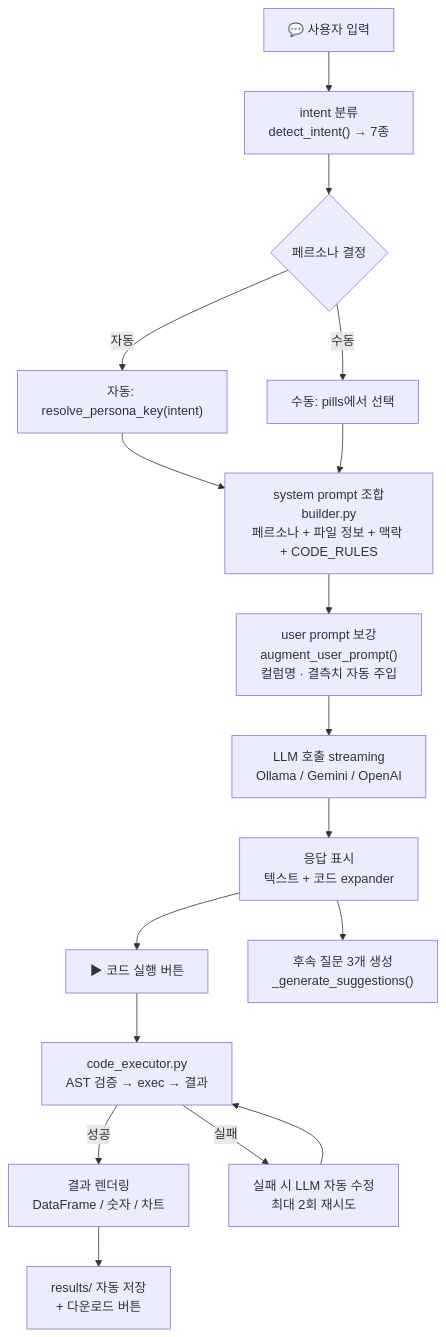
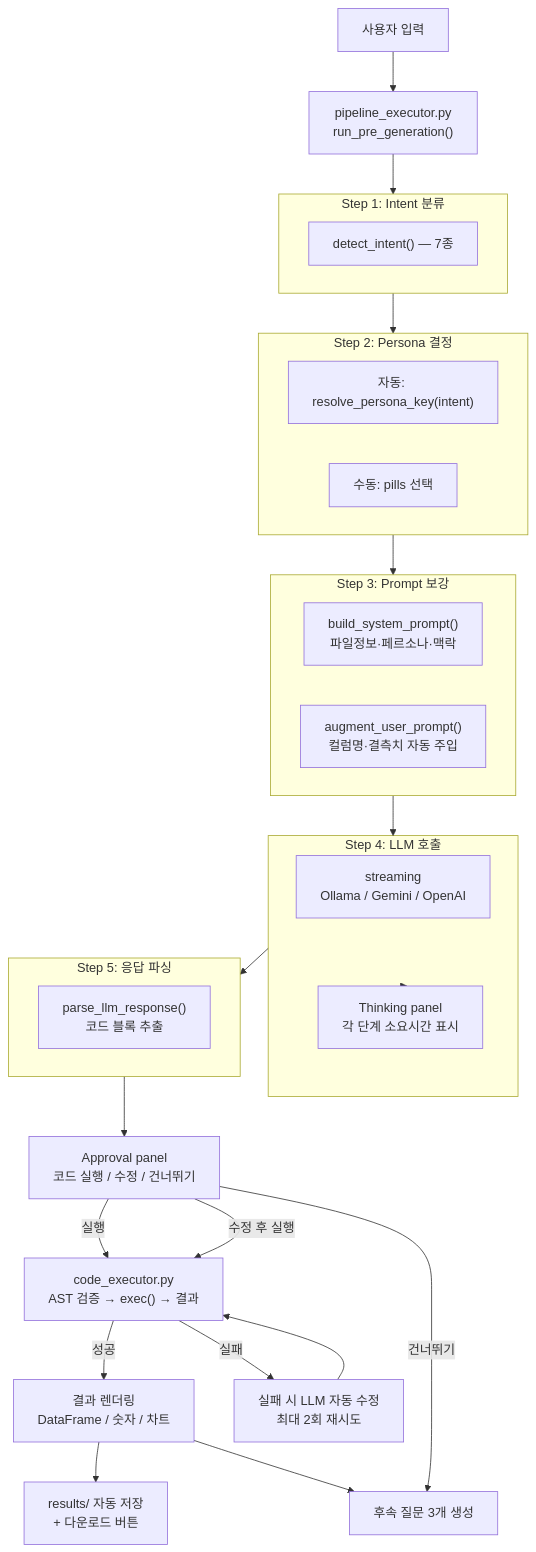
The second of 10 diagrams in README.md (sayoon01/excel-ai-agent), drawn with Mermaid before and after one commit. The commit also changed other lines of this file and 15 other files, not shown here.

````diff
--- a/README.md
+++ b/README.md
@@ -168,35 +183,46 @@
 ```mermaid
 flowchart TD
-    Input["💬 사용자 입력"]
-    Intent["intent 분류\ndetect_intent() → 7종"]
-    Persona{"페르소나 결정"}
-    AutoP["자동: resolve_persona_key(intent)"]
-    ManualP["수동: pills에서 선택"]
-    Build["system prompt 조합\nbuilder.py\n페르소나 + 파일 정보 + 맥락 + CODE_RULES"]
-    Augment["user prompt 보강\naugment_user_prompt()\n컬럼명 · 결측치 자동 주입"]
-    LLM["LLM 호출 streaming\nOllama / Gemini / OpenAI"]
-    Response["응답 표시\n텍스트 + 코드 expander"]
-    ExecBtn["▶ 코드 실행 버튼"]
-    Exec["code_executor.py\nAST 검증 → exec → 결과"]
+    Input["사용자 입력"]
+    PRE["pipeline_executor.py\nrun_pre_generation()"]
+
+    subgraph Step1["Step 1: Intent 분류"]
+        IT["detect_intent() — 7종"]
+    end
+
+    subgraph Step2["Step 2: Persona 결정"]
+        AP2["자동: resolve_persona_key(intent)"]
+        MP["수동: pills 선택"]
+    end
+
+    subgraph Step3["Step 3: Prompt 보강"]
+        SYS["build_system_prompt()\n파일정보·페르소나·맥락"]
+        AUG["augment_user_prompt()\n컬럼명·결측치 자동 주입"]
+    end
+
+    subgraph Step4["Step 4: LLM 호출"]
+        LLM["streaming\nOllama / Gemini / OpenAI"]
+        TP2["Thinking panel\n각 단계 소요시간 표시"]
+    end
+
+    subgraph Step5["Step 5: 응답 파싱"]
+        PARSE["parse_llm_response()\n코드 블록 추출"]
+    end
+
+    APPR["Approval panel\n코드 실행 / 수정 / 건너뛰기"]
+    Exec["code_executor.py\nAST 검증 → exec() → 결과"]
     Result["결과 렌더링\nDataFrame / 숫자 / 차트"]
     AutoSave["results/ 자동 저장\n+ 다운로드 버튼"]
     Retry["실패 시 LLM 자동 수정\n최대 2회 재시도"]
-    Followup["후속 질문 3개 생성\n_generate_suggestions()"]
+    Followup["후속 질문 3개 생성"]
 
-    Input --> Intent
-    Intent --> Persona
-    Persona -->|자동| AutoP
-    Persona -->|수동| ManualP
-    AutoP --> Build
-    ManualP --> Build
-    Build --> Augment
-    Augment --> LLM
-    LLM --> Response
-    Response --> ExecBtn
-    ExecBtn --> Exec
-    Exec -->|성공| Result
-    Exec -->|실패| Retry
-    Retry --> Exec
-    Result --> AutoSave
-    Response --> Followup
+    Input --> PRE
+    PRE --> Step1 --> Step2 --> Step3 --> Step4 --> Step5
+    Step5 --> APPR
+    APPR -->|실행| Exec
+    APPR -->|수정 후 실행| Exec
+    APPR -->|건너뛰기| Followup
+    Exec -->|성공| Result --> AutoSave
+    Exec -->|실패| Retry --> Exec
+    Step4 --> TP2
+    Result --> Followup
 ```
````
